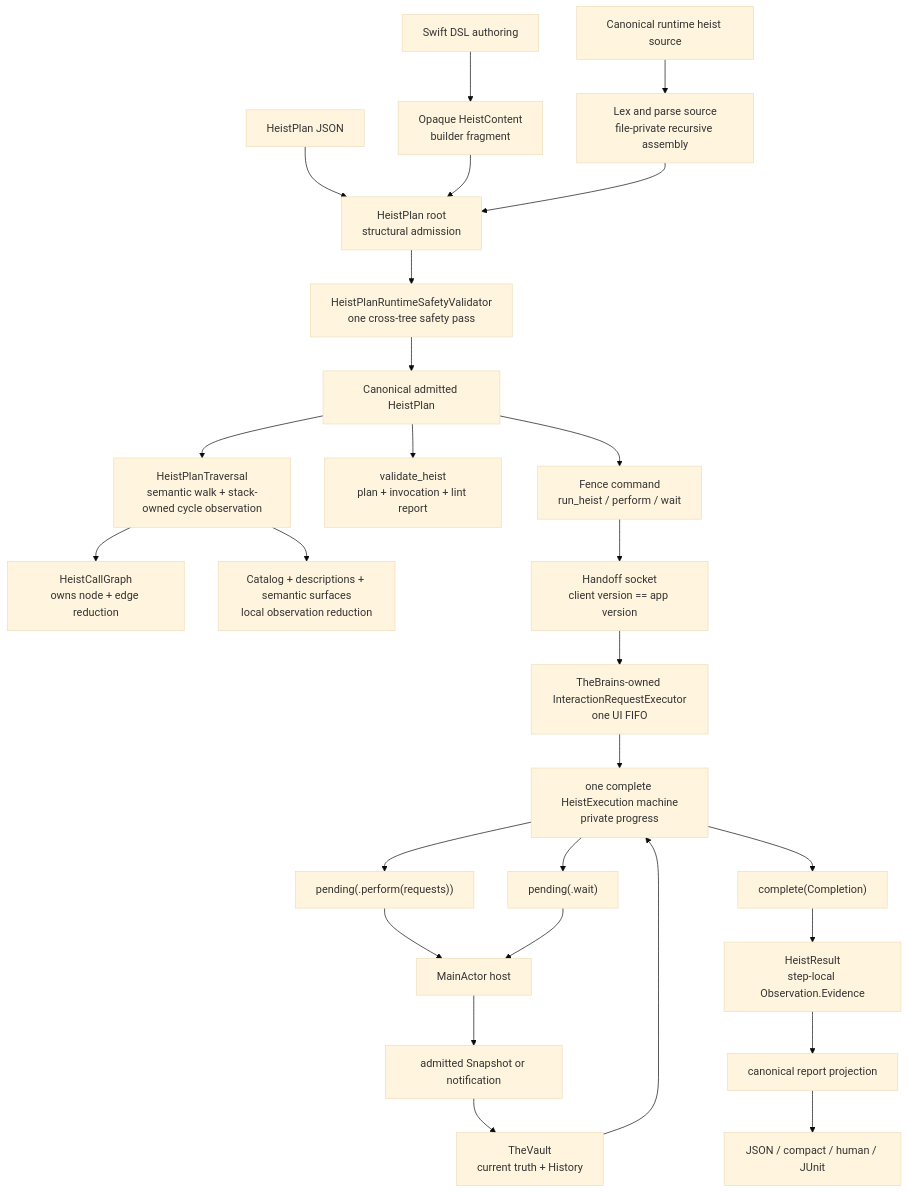
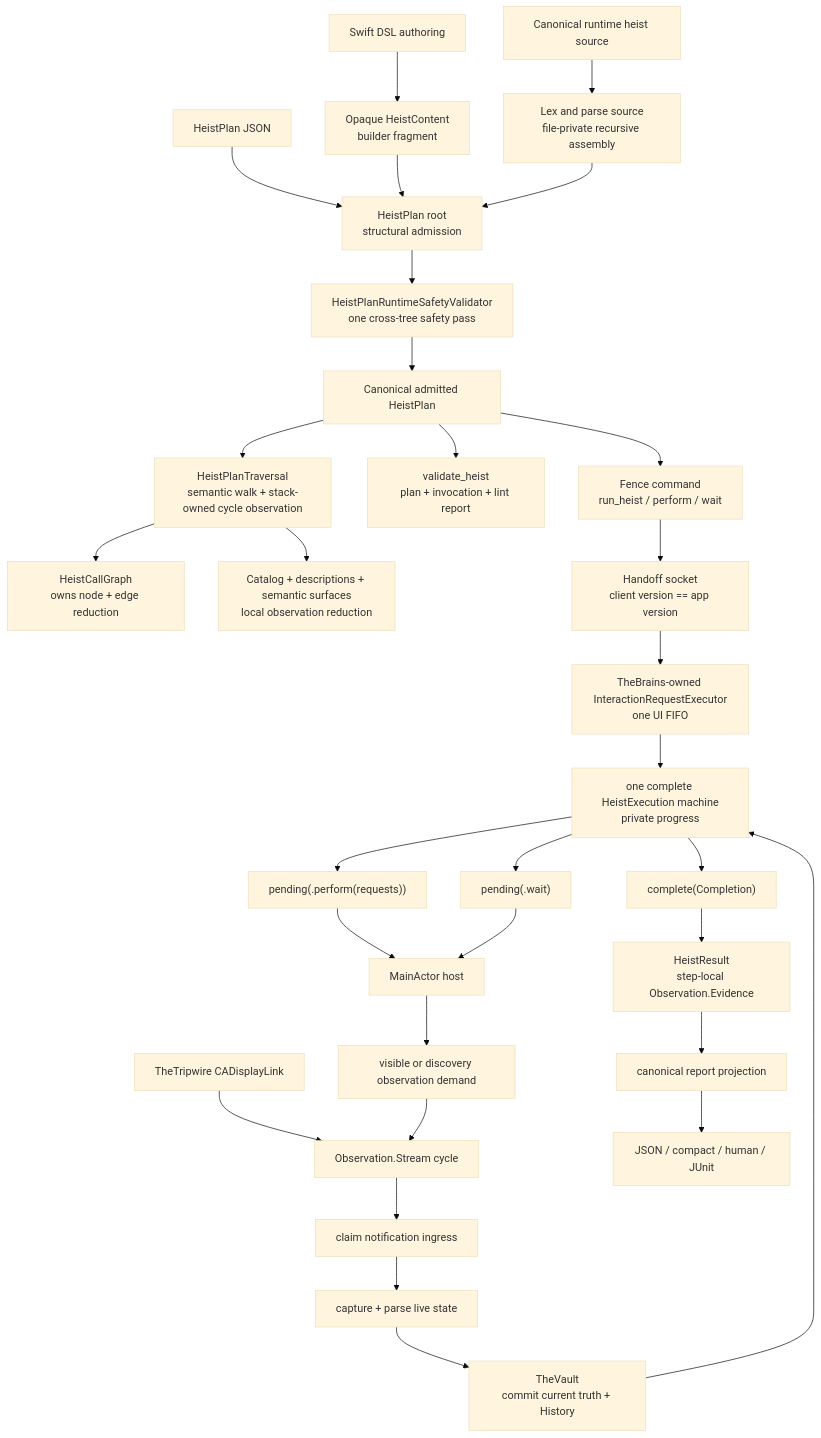
One commit to RoyalPineapple/TheButtonHeist changed the second of 2 diagrams in docs/ARCHITECTURE.md. Above: the diagram before and after it, drawn with Mermaid (base theme). The commit also changed other lines of this file and 4 other files, not shown here.

Commit message:
Lock canonical observation cycle architecture

````diff
--- a/docs/ARCHITECTURE.md
+++ b/docs/ARCHITECTURE.md
@@ -663,30 +707,34 @@
 ```mermaid
 flowchart TD
     SwiftAuthor["Swift DSL authoring"] --> Fragment["Opaque HeistContent<br/>builder fragment"]
     SourceAuthor["Canonical runtime heist source"] --> Parse["Lex and parse source<br/>file-private recursive assembly"]
     JSONAuthor["HeistPlan JSON"] --> RootAdmission
     Fragment --> RootAdmission["HeistPlan root<br/>structural admission"]
     Parse --> RootAdmission
     RootAdmission --> Validate["HeistPlanRuntimeSafetyValidator<br/>one cross-tree safety pass"]
     Validate --> Plan["Canonical admitted HeistPlan"]
     Plan --> Walk["HeistPlanTraversal<br/>semantic walk + stack-owned cycle observation"]
     Walk --> Graph["HeistCallGraph<br/>owns node + edge reduction"]
     Walk --> Discovery["Catalog + descriptions + semantic surfaces<br/>local observation reduction"]
     Plan --> OfflineReport["validate_heist<br/>plan + invocation + lint report"]
     Plan --> FenceCommand["Fence command<br/>run_heist / perform / wait"]
     FenceCommand --> HandoffSocket["Handoff socket<br/>client version == app version"]
     HandoffSocket --> Executor["TheBrains-owned InteractionRequestExecutor<br/>one UI FIFO"]
 
     Executor --> Machine["one complete HeistExecution machine<br/>private progress"]
-    Input["admitted Snapshot or notification"] --> Vault["TheVault<br/>current truth + History"]
+    Host["MainActor host"] --> Demand["visible or discovery observation demand"]
+    Link["TheTripwire CADisplayLink"] --> Cycle["Observation.Stream cycle"]
+    Demand --> Cycle
+    Cycle --> Claim["claim notification ingress"]
+    Claim --> Capture["capture + parse live state"]
+    Capture --> Vault["TheVault<br/>commit current truth + History"]
     Vault --> Machine
     Machine --> Perform["pending(.perform(requests))"]
     Machine --> Wait["pending(.wait)"]
     Machine --> Complete["complete(Completion)"]
-    Perform --> Host["MainActor host"]
+    Perform --> Host
     Wait --> Host
-    Host --> Input
     Complete --> Result["HeistResult<br/>step-local Observation.Evidence"]
     Result --> Project["canonical report projection"]
     Project --> Response["JSON / compact / human / JUnit"]
 ```
````
